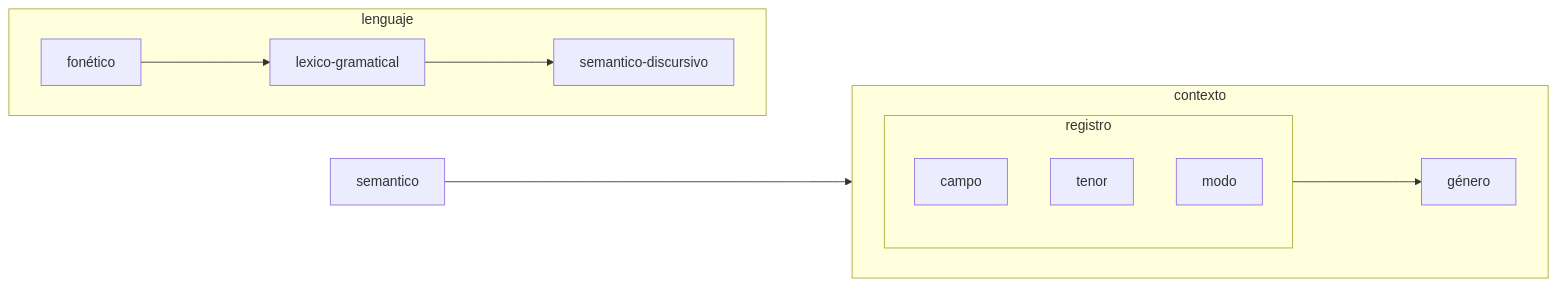
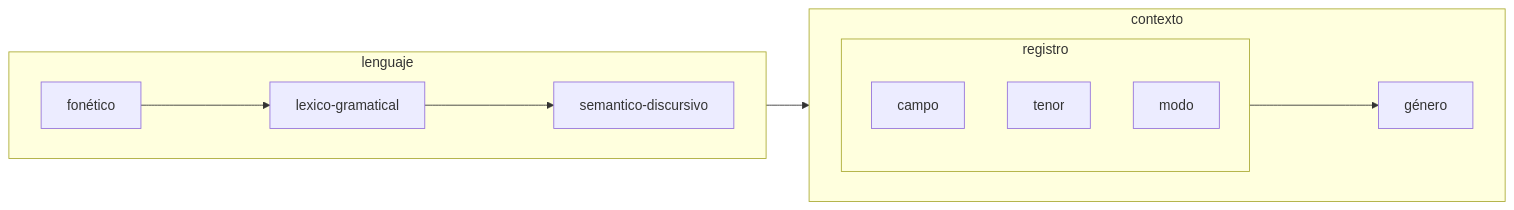
The first of 9 diagrams in manuals/manual_codificacion.md (augusto-rp/phd_experiment2), drawn with Mermaid before and after one commit.

Commit message:
fix on graph

````diff
--- a/manuals/manual_codificacion.md
+++ b/manuals/manual_codificacion.md
@@ -78,22 +78,24 @@
 ```mermaid
 graph LR
-semantico--->registro
+
 
 subgraph lenguaje
 direction LR;
 fonético--->lexico-gramatical--->semantico-discursivo
 end
 
 subgraph contexto
 direction LR;
 registro--->género
 end
 
 subgraph registro
 direction TB;
 campo
 tenor
 modo
 
 end
+
+lenguaje-->contexto
 ```
````
